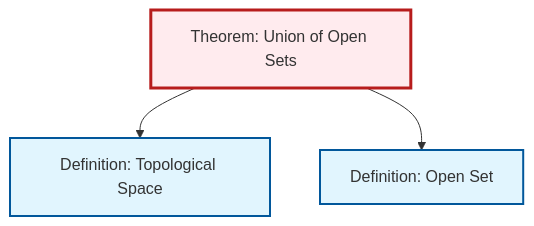
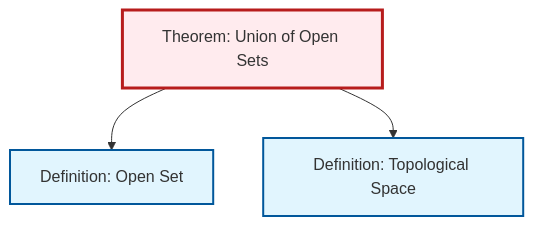
The diagram in content/en/topology/thm-union-open-sets.qmd (RK0429/ModernMath), drawn with Mermaid before and after one commit. The commit also changed 511 other files, not shown here.

````diff
--- a/content/en/topology/thm-union-open-sets.qmd
+++ b/content/en/topology/thm-union-open-sets.qmd
@@ -60,18 +60,15 @@
 ```{mermaid}
 %%| fig-cap: "Local dependency graph"
 graph TD
     classDef definition fill:#e1f5fe,stroke:#01579b,stroke-width:2px
     classDef theorem fill:#f3e5f5,stroke:#4a148c,stroke-width:2px
     classDef axiom fill:#fff3e0,stroke:#e65100,stroke-width:2px
     classDef example fill:#e8f5e9,stroke:#1b5e20,stroke-width:2px
     classDef current fill:#ffebee,stroke:#b71c1c,stroke-width:3px
-    def-open-set["Definition: Open Set"]:::definition
     thm-union-open-sets["Theorem: Union of Open Sets"]:::theorem
     def-topological-space["Definition: Topological Space"]:::definition
+    def-open-set["Definition: Open Set"]:::definition
+    thm-union-open-sets --> def-open-set
     thm-union-open-sets --> def-topological-space
-    thm-union-open-sets --> def-open-set
     class thm-union-open-sets current
-
-    click def-open-set "def-open-set.html" "Go to Open Set definition"
-    click def-topological-space "def-topological-space.html" "Go to Topological Space definition"
 ```
````
